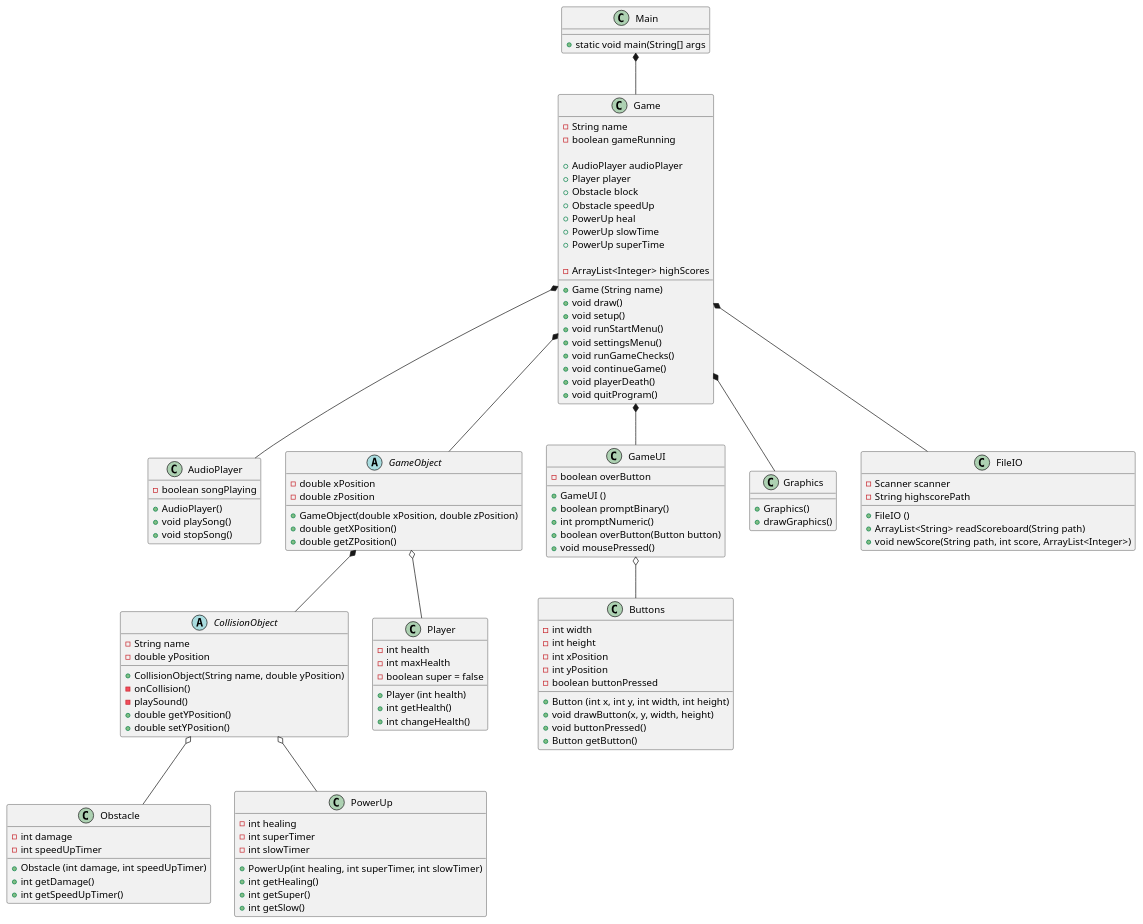
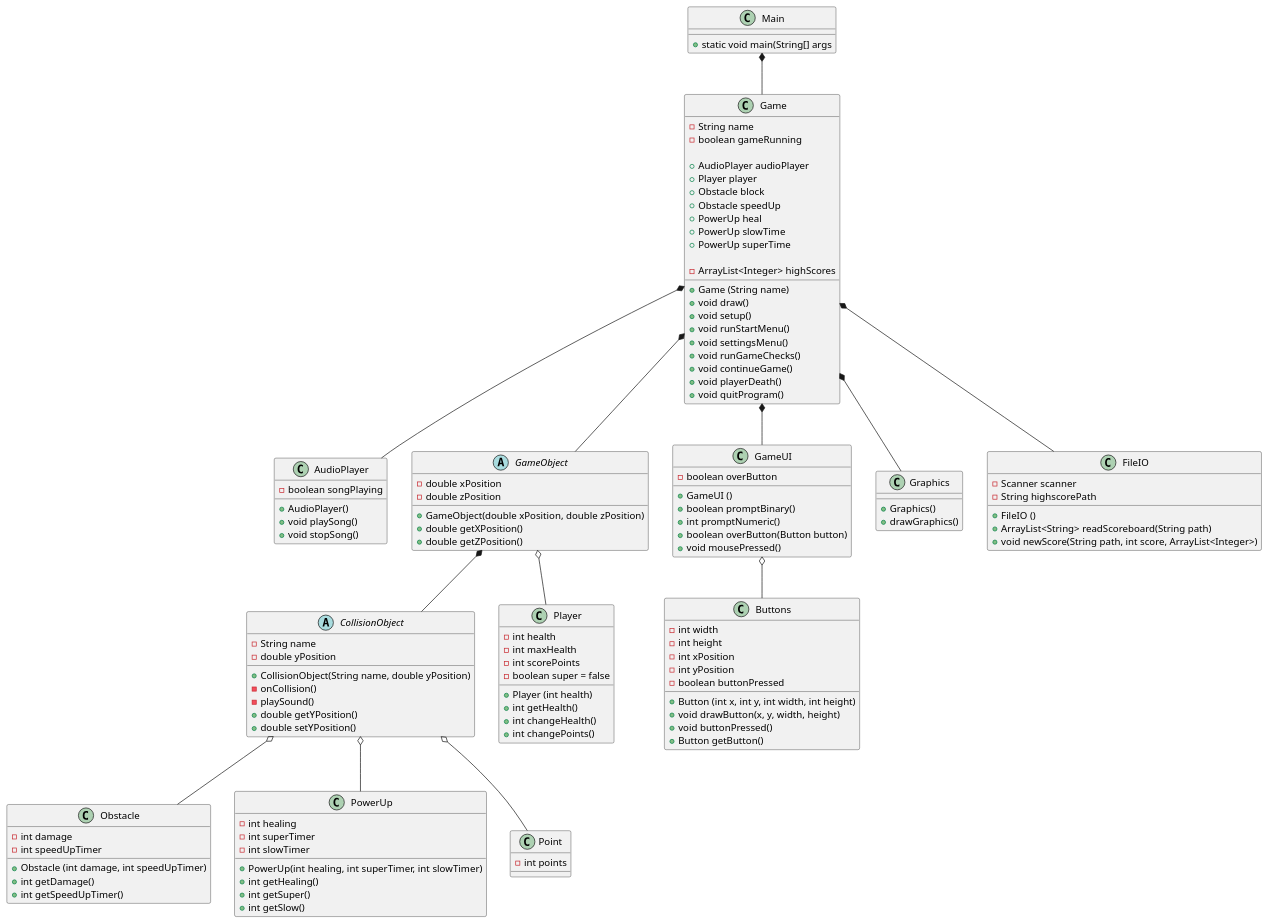
One commit to Gervig/Vaporwave-Rhythm-Racer changed the diagram in doc/Plan/static/classdiagram.puml. Above: the diagram before and after it, drawn with PlantUML. The commit also changed 4 other files, not shown here.

```diff
--- a/doc/Plan/static/classdiagram.puml
+++ b/doc/Plan/static/classdiagram.puml
@@ -1,153 +1,171 @@
 @startuml
 'https://plantuml.com/class-diagram
 
 class Main {
 + static void main(String[] args
 }
 
 class Game {
 - String name
 - boolean gameRunning
 
 + AudioPlayer audioPlayer
 + Player player
 + Obstacle block
 + Obstacle speedUp
 + PowerUp heal
 + PowerUp slowTime
 + PowerUp superTime
 
 'maybe use tree map
 - ArrayList<Integer> highScores
+
 'constructor
 + Game (String name)
 + void draw()
 + void setup()
 + void runStartMenu()
 + void settingsMenu()
 'checks for player collisions
 + void runGameChecks()
 + void continueGame()
 + void playerDeath()
 + void quitProgram()
 }
 
 class AudioPlayer{
 - boolean songPlaying
+
 'constructor
 + AudioPlayer()
 + void playSong()
 + void stopSong()
 }
 
 'creates different obstacles
 abstract class GameObject{
 - double xPosition
 - double zPosition
+
 'constructor
 + GameObject(double xPosition, double zPosition)
 + double getXPosition()
 + double getZPosition()
 }
 
 abstract class CollisionObject{
 - String name
 - double yPosition
+
 'constructor
 + CollisionObject(String name, double yPosition)
 - onCollision()
 - playSound()
 + double getYPosition()
 + double setYPosition()
 }
 
 'handles the player's input
 class Player{
 - int health
 - int maxHealth
+- int scorePoints
 - boolean super = false
+
 'constructor, set players health to 3 or w/e we want in the constructor & maxHealth
 + Player (int health)
 + int getHealth()
 + int changeHealth()
++ int changePoints()
 }
 
 class Obstacle{
 - int damage
 - int speedUpTimer
+
 'constructor
 + Obstacle (int damage, int speedUpTimer)
 + int getDamage()
 + int getSpeedUpTimer()
 '- boolean moreObstacles    adds more obstacles to the game for a short time
 '- int moreObstaclesTimer
 '- boolean hacked   add stuff to the screen that makes it hard to see the game
 '- int hackedTimer
 }
 
 class PowerUp{
 - int healing
 - int superTimer
 - int slowTimer
+
 'constructor
 + PowerUp(int healing, int superTimer, int slowTimer)
 + int getHealing()
 + int getSuper()
 + int getSlow()
 }
 
+class Point{
+- int points
+}
+
 'creates buttons and general UI for the user to interact with
 class GameUI{
 - boolean overButton
+
 'constructor
 + GameUI ()
 + boolean promptBinary()
 + int promptNumeric()
 + boolean overButton(Button button)
 + void mousePressed()
 '+ void createSlider()      check processing "Handles" example
 }
 
 class Buttons{
 - int width
 - int height
 - int xPosition
 - int yPosition
 - boolean buttonPressed
+
 'constructor
 + Button (int x, int y, int width, int height)
 + void drawButton(x, y, width, height)
 + void buttonPressed()
 + Button getButton()
 }
 
 class Graphics{
+
 'constructor
 + Graphics()
 + drawGraphics()
 }
 
 'handles highscores
 class FileIO{
 - Scanner scanner
 - String highscorePath
+
 'constructor
 + FileIO ()
 ' use treeMap to sort list, so that the highest highscore gets displayed in the top
 + ArrayList<String> readScoreboard(String path)
 + void newScore(String path, int score, ArrayList<Integer>)
 }
 
 Main *-- Game
 Game *-- FileIO
 Game *-- GameUI
 Game *-- GameObject
 Game *-- Graphics
 Game *-- AudioPlayer
 GameObject o-- Player
 GameObject *-- CollisionObject
 CollisionObject o-- Obstacle
 CollisionObject o-- PowerUp
+CollisionObject o-- Point
 GameUI o-- Buttons
 
 @enduml
```
